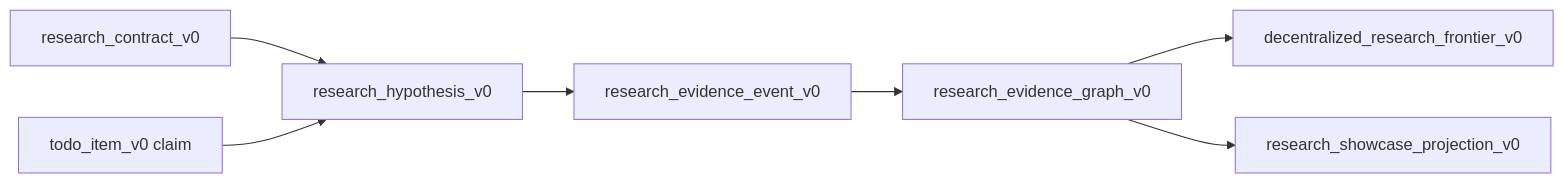
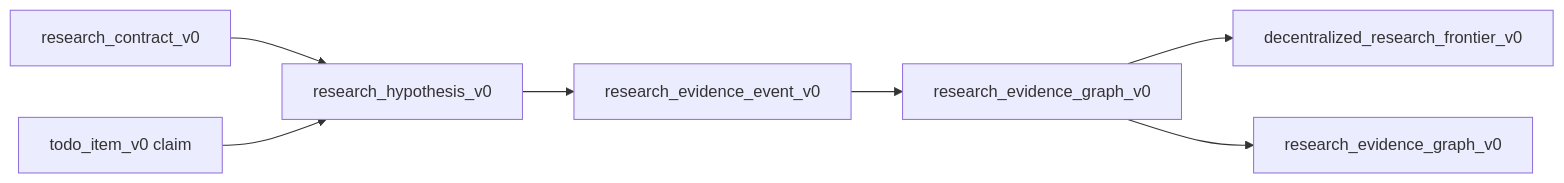
The diagram in docs/reference/protocols/auto-research-lane-contract-v1.md (huangruiteng/goal-harness), drawn with Mermaid before and after one commit. The commit also changed other lines of this file and 32 other files, not shown here.

````diff
--- a/docs/reference/protocols/auto-research-lane-contract-v1.md
+++ b/docs/reference/protocols/auto-research-lane-contract-v1.md
@@ -61,17 +61,17 @@
 ```mermaid
 flowchart LR
   Contract["research_contract_v0"]
   Todo["todo_item_v0 claim"]
   Hypothesis["research_hypothesis_v0"]
   Evidence["research_evidence_event_v0"]
   Graph["research_evidence_graph_v0"]
   Frontier["decentralized_research_frontier_v0"]
-  Showcase["research_showcase_projection_v0"]
+  Showcase["research_evidence_graph_v0"]
 
   Contract --> Hypothesis
   Todo --> Hypothesis
   Hypothesis --> Evidence
   Evidence --> Graph
   Graph --> Frontier
   Graph --> Showcase
 ```
````
